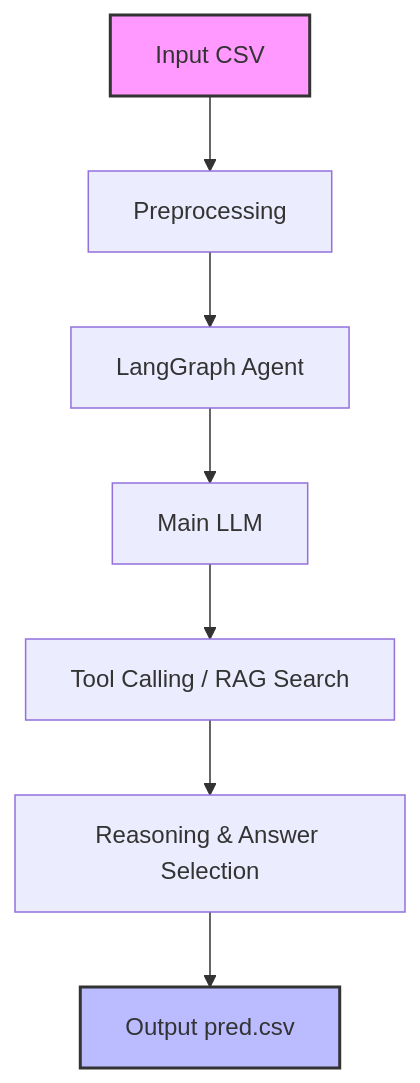
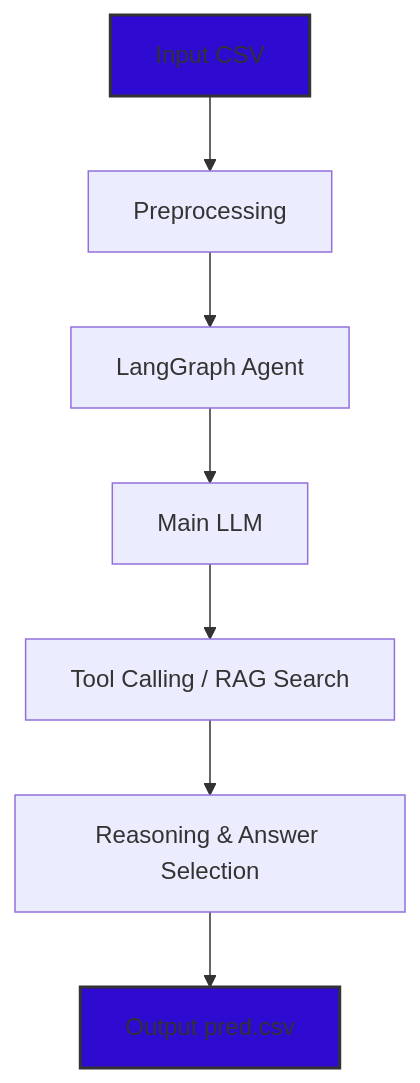
Before and after one commit to Duy-DS/Atlas_Agent: the diagram in README.md, drawn with Mermaid.

Commit message:
Cập Nhật Readme

````diff
--- a/README.md
+++ b/README.md
@@ -44,12 +44,12 @@
 ```mermaid
 graph TD
     A[Input CSV] --> B[Preprocessing]
     B --> C[LangGraph Agent]
     C --> D[Main LLM]
     D --> E[Tool Calling / RAG Search]
     E --> F[Reasoning & Answer Selection]
     F --> G[Output pred.csv]
     
-    style A fill:#f9f,stroke:#333,stroke-width:2px
-    style G fill:#bbf,stroke:#333,stroke-width:2px
+    style A fill:#2f0ad1,stroke:#333,stroke-width:2px
+    style G fill:#2f0ad1,stroke:#333,stroke-width:2px
 ```  
````
